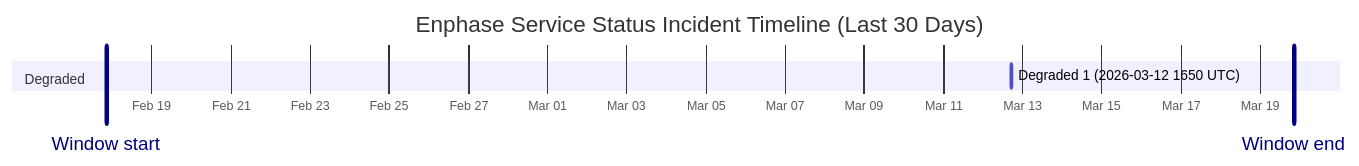
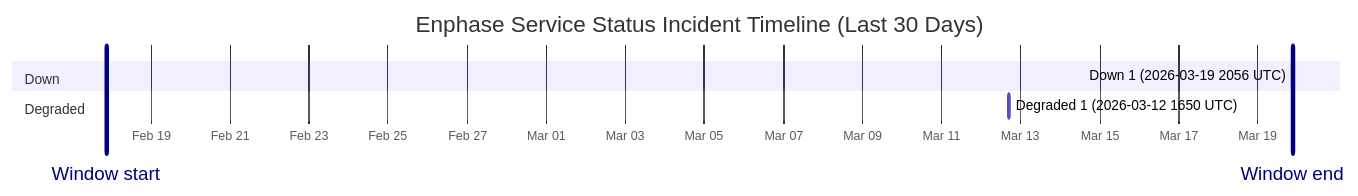
One commit to barneyonline/ha-enphase-ev-charger changed the diagram in wiki/Service-Status-History.md. Above: the diagram before and after it, drawn with Mermaid. The commit also changed other lines of this file and 4 other files, not shown here.

````diff
--- a/wiki/Service-Status-History.md
+++ b/wiki/Service-Status-History.md
@@ -14,10 +14,12 @@
 ```mermaid
 gantt
     title Enphase Service Status Incident Timeline (Last 30 Days)
     dateFormat  YYYY-MM-DDTHH:mm:ss
     axisFormat  %b %d
-    Window start :vert, window-start, 2026-02-17T20:27:12, 0ms
-    Window end :vert, window-end, 2026-03-19T20:27:12, 0ms
+    Window start :vert, window-start, 2026-02-17T20:56:20, 0ms
+    Window end :vert, window-end, 2026-03-19T20:56:20, 0ms
+    section Down
+    Down 1 (2026-03-19 2056 UTC) :crit, down-1, 2026-03-19T20:56:20, 60m
     section Degraded
     Degraded 1 (2026-03-12 1650 UTC) :active, degraded-1, 2026-03-12T16:50:43, 60m
 ```
````
